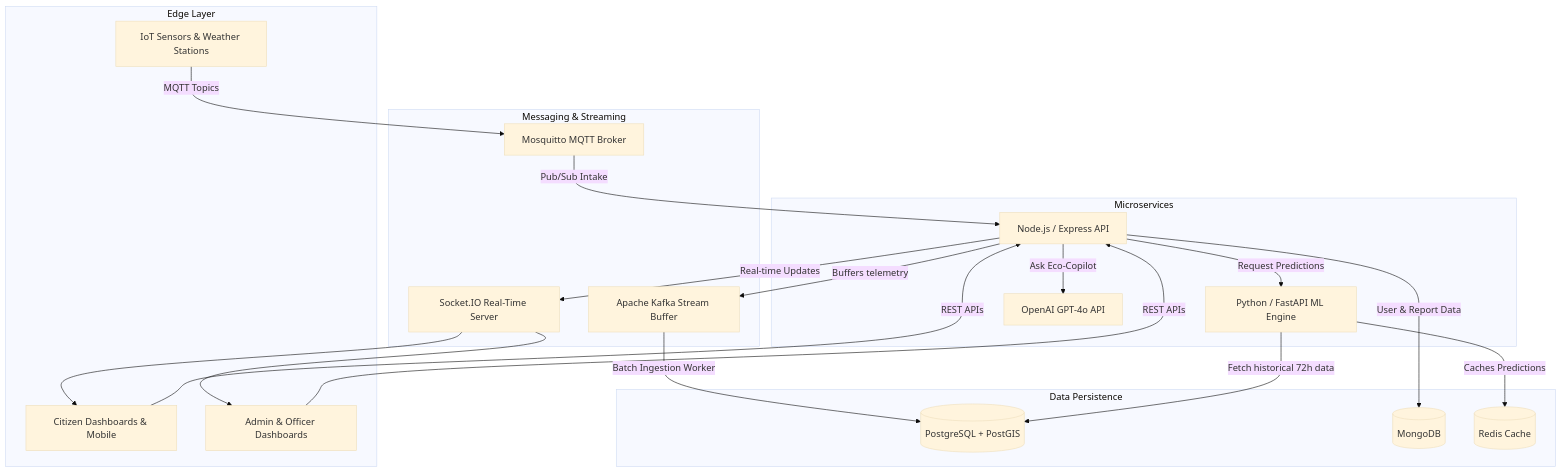
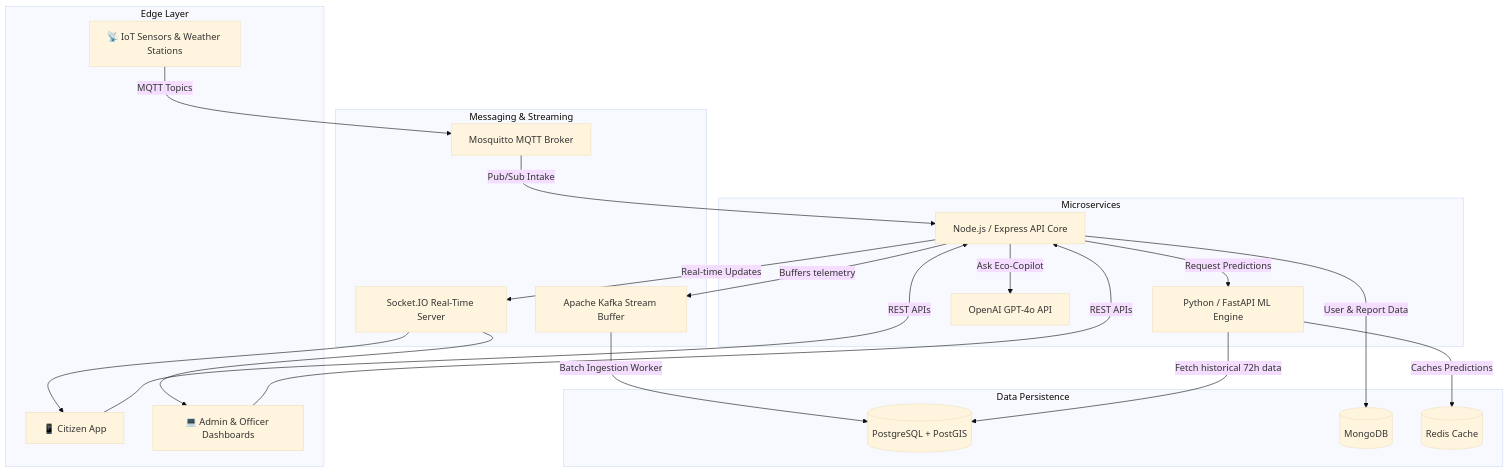
One commit to pankeshbhagore/Local-AQI-Dashboard changed the first of 3 diagrams in README.md. Above: the diagram before and after it, drawn with Mermaid (base theme). The commit also changed other lines of this file, not shown here.

````diff
--- a/README.md
+++ b/README.md
@@ -13,43 +26,43 @@
 ```mermaid
 flowchart TD
     subgraph Edge Layer
-        Sensors[IoT Sensors & Weather Stations]
-        Citizens[Citizen Dashboards & Mobile]
-        Staff[Admin & Officer Dashboards]
+        Sensors[📡 IoT Sensors & Weather Stations]
+        Citizens[📱 Citizen App]
+        Staff[💻 Admin & Officer Dashboards]
     end
 
     subgraph Messaging & Streaming
         MQTT[Mosquitto MQTT Broker]
         Kafka[Apache Kafka Stream Buffer]
         Sockets[Socket.IO Real-Time Server]
     end
 
     subgraph Microservices
-        Backend[Node.js / Express API]
+        Backend[Node.js / Express API Core]
         ML[Python / FastAPI ML Engine]
         OpenAI[OpenAI GPT-4o API]
     end
 
     subgraph Data Persistence
         PG[(PostgreSQL + PostGIS)]
         Mongo[(MongoDB)]
         Redis[(Redis Cache)]
     end
 
     %% Data flow
     Sensors -- MQTT Topics --> MQTT
     MQTT -- Pub/Sub Intake --> Backend
     Backend -- Buffers telemetry --> Kafka
     Kafka -- Batch Ingestion Worker --> PG
     
     Citizens & Staff -- REST APIs --> Backend
     Backend -- User & Report Data --> Mongo
     Backend -- Real-time Updates --> Sockets
     Sockets --> Citizens & Staff
     
     Backend -- Request Predictions --> ML
     ML -- Fetch historical 72h data --> PG
     ML -- Caches Predictions --> Redis
 
     Backend -- Ask Eco-Copilot --> OpenAI
 ```
````
